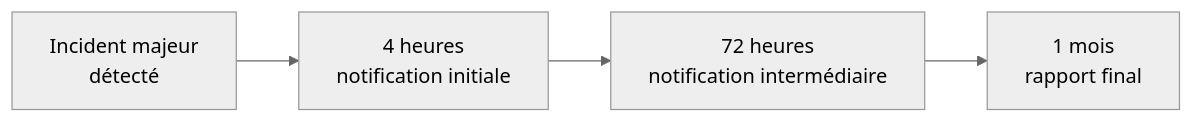
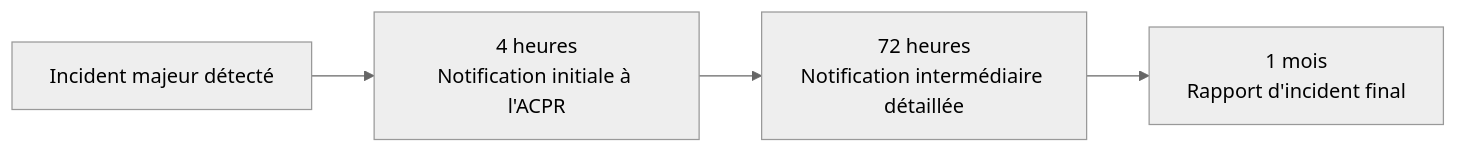
One commit to zyrass/omnydocs changed the fourth of 7 diagrams in docs/cursus-forensic/01-cycle-0-fondations/module-1-legislation/09-dora-pour-secteur-financier.md. Above: the diagram before and after it, drawn with Mermaid (neutral theme). The commit also changed other lines of this file and 171 other files, not shown here.

````diff
--- a/docs/cursus-forensic/01-cycle-0-fondations/module-1-legislation/09-dora-pour-secteur-financier.md
+++ b/docs/cursus-forensic/01-cycle-0-fondations/module-1-legislation/09-dora-pour-secteur-financier.md
@@ -143,6 +143,6 @@
 ```mermaid
 flowchart LR
-    A[Incident majeur<br>détecté] --> B[4 heures<br>notification initiale]
-    B --> C[72 heures<br>notification intermédiaire]
-    C --> D[1 mois<br>rapport final]
+    A["Incident majeur détecté"] --> B["4 heures<br>Notification initiale à l'ACPR"]
+    B --> C["72 heures<br>Notification intermédiaire détaillée"]
+    C --> D["1 mois<br>Rapport d'incident final"]
 ```
````
